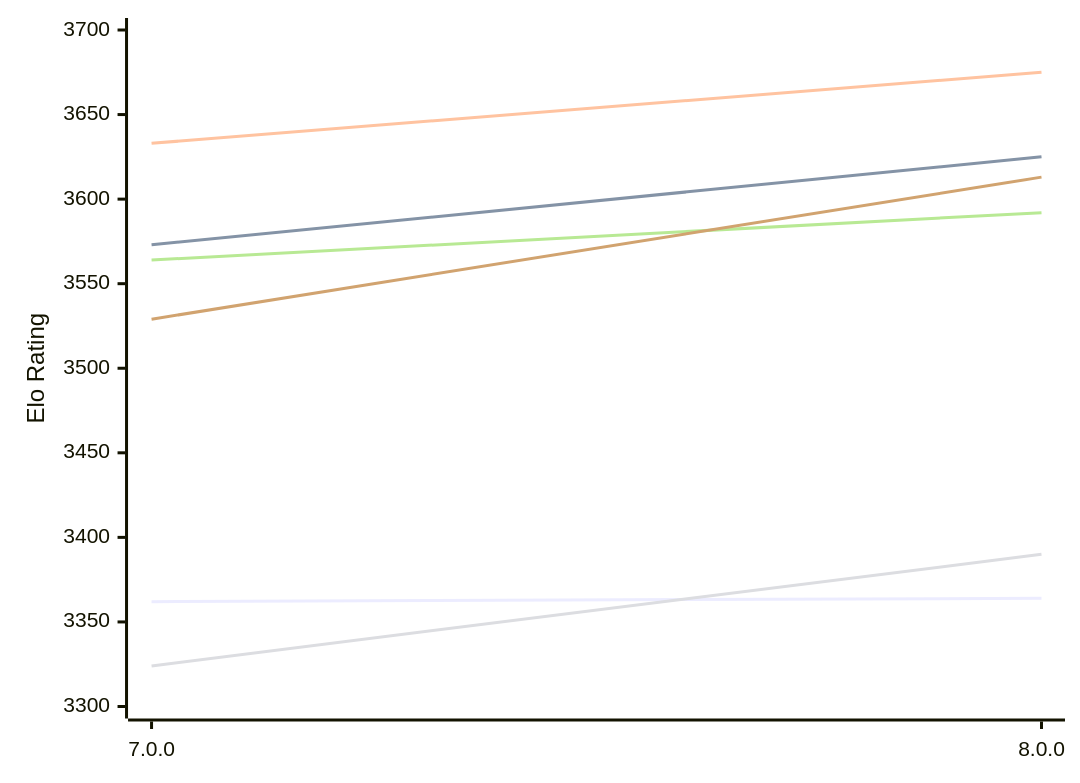
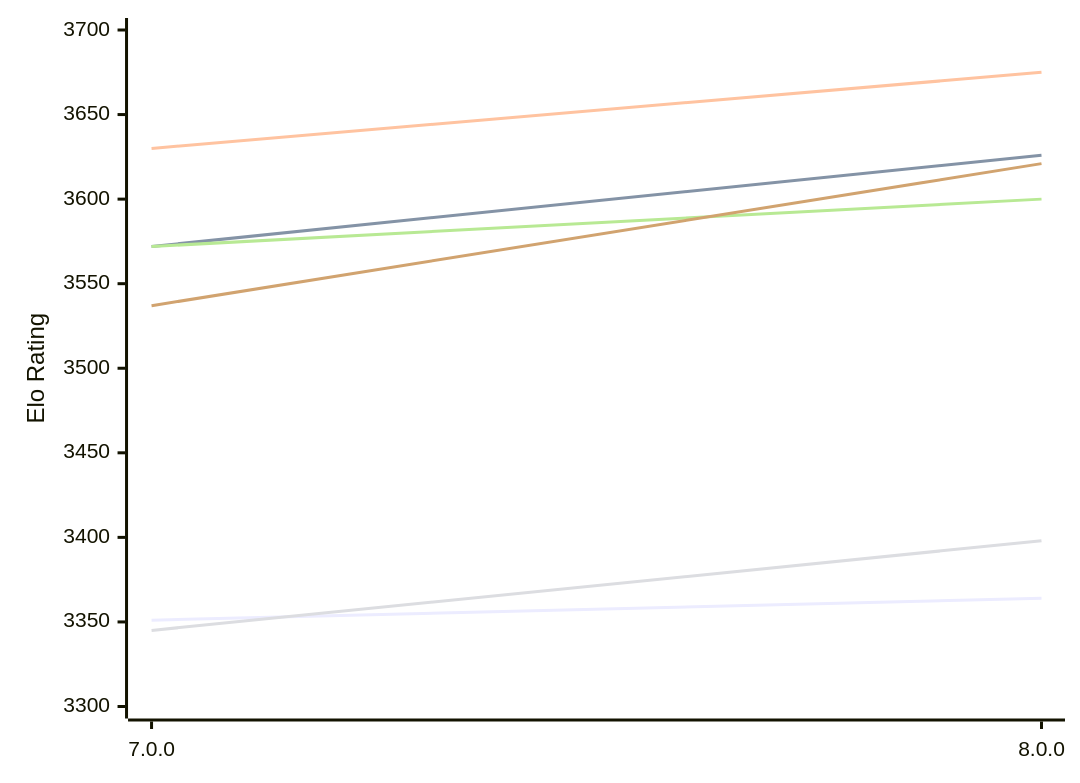
The first of 2 diagrams in engines/Stormphrax.md (computer-chess-index/cci), drawn with Mermaid before and after one commit. The commit also changed other lines of this file, not shown here.

Commit message:
Update CCI Ratings (ELO VLTC) - 2026-11-25

````diff
--- a/engines/Stormphrax.md
+++ b/engines/Stormphrax.md
@@ -52,12 +52,12 @@
 ```mermaid
 %%{init: {"theme":"base","themeVariables":{"seriesColors:['#a3a3a3','#222221','#faa371']}}}%%
 xychart-beta
   x-axis ["7.0.0", "8.0.0"]
   y-axis "Elo Rating" 3300 --> 3700
-  line "E1: STC (8.0+0.08s)" [3362, 3364]
-  line "E1: LTC (60.0+0.60s)" [3573, 3625]
-  line "E1: VLTC (2m24s+1.12s)" [3633, 3675]
-  line "P1: STC (8.0+0.08s)" [3324, 3390]
-  line "P1: LTC (60.0+0.60s)" [3564, 3592]
-  line "P1: VLTC (2m24s+1.12s)" [3529, 3613]
+  line "E1: STC (8.0+0.08s)" [3351, 3364]
+  line "E1: LTC (60.0+0.60s)" [3572, 3626]
+  line "E1: VLTC (2m24s+1.12s)" [3630, 3675]
+  line "P1: STC (8.0+0.08s)" [3345, 3398]
+  line "P1: LTC (60.0+0.60s)" [3572, 3600]
+  line "P1: VLTC (2m24s+1.12s)" [3537, 3621]
 ```
````
